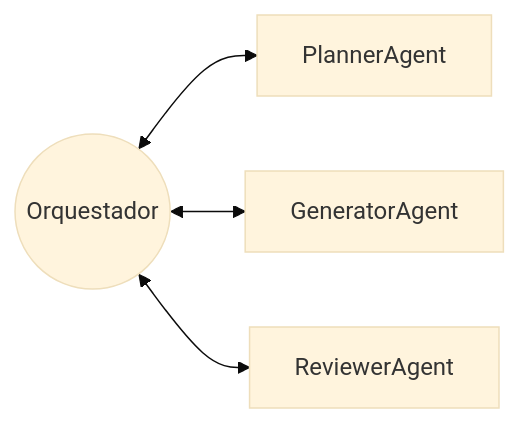
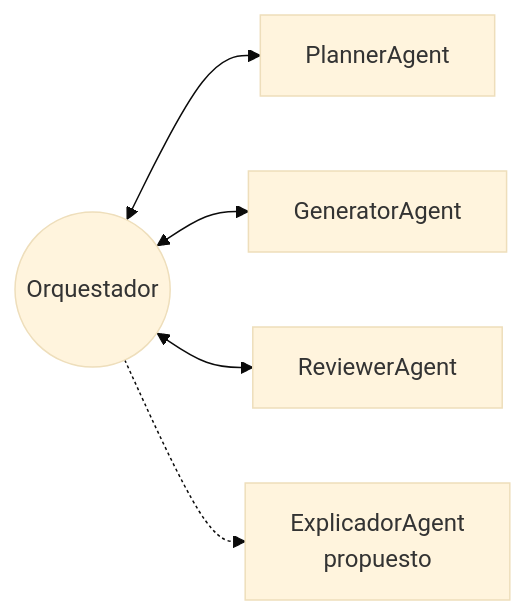
Before and after one commit to AngelOncoy/QAgent: diagram 12 of 12 in docs/arquitectura.md, drawn with Mermaid (base theme). The commit also changed other lines of this file, not shown here.

````diff
--- a/docs/arquitectura.md
+++ b/docs/arquitectura.md
@@ -643,10 +746,12 @@
 ```mermaid
 flowchart LR
     ORQ(("Orquestador"))
     PL["PlannerAgent"]
     GE["GeneratorAgent"]
     RE["ReviewerAgent"]
+    EX["ExplicadorAgent<br/>propuesto"]
     ORQ <--> PL
     ORQ <--> GE
     ORQ <--> RE
+    ORQ -.-> EX
 ```
````
